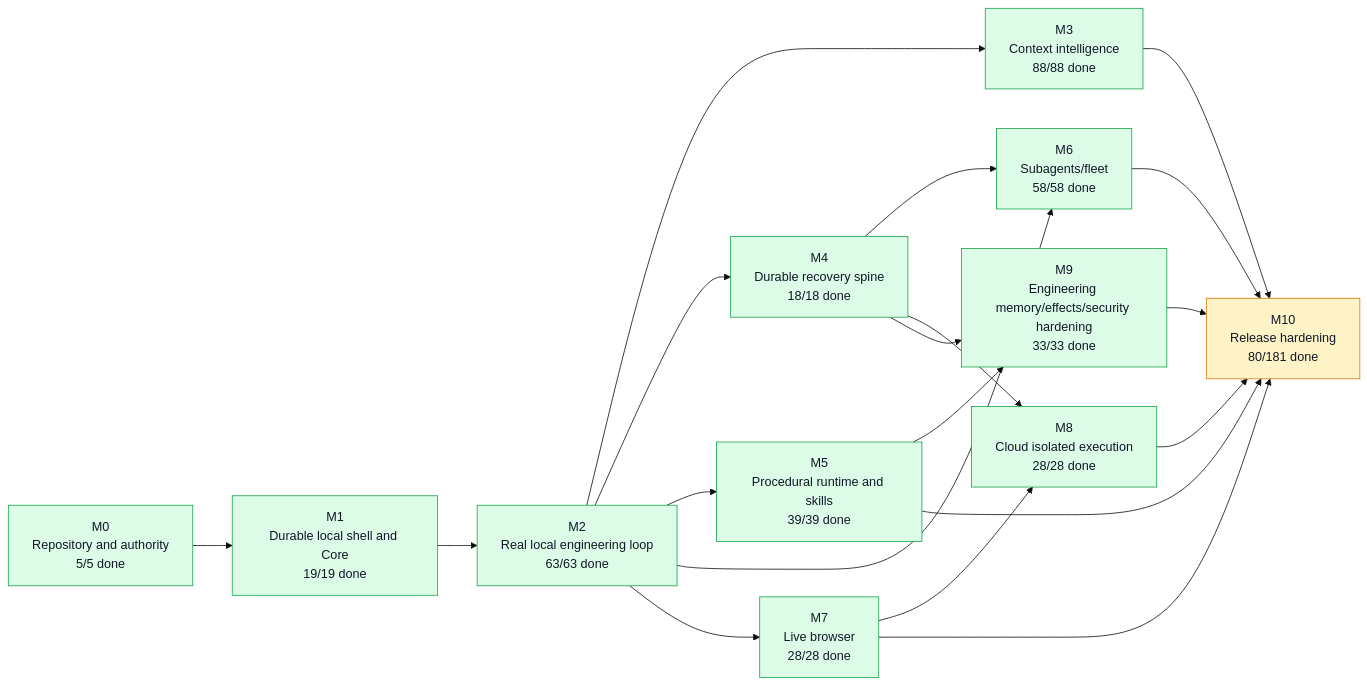
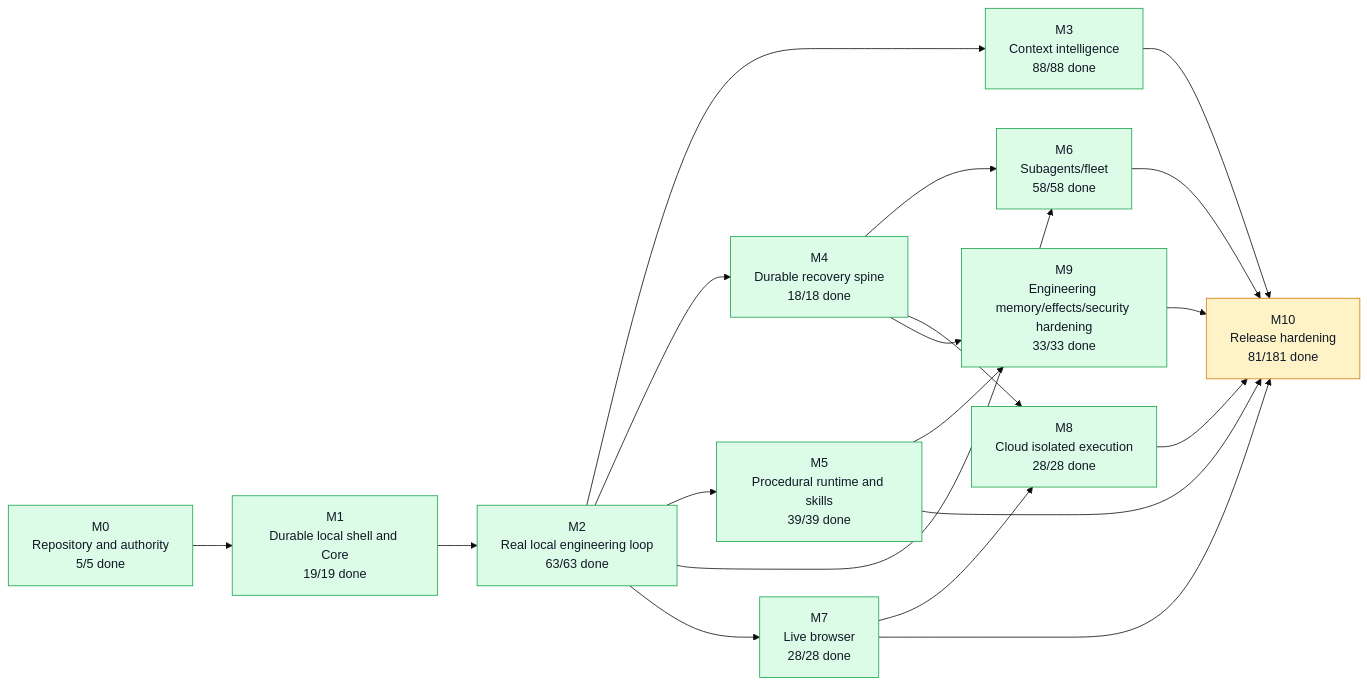
One commit to moss101/modbit changed the first of 5 diagrams in graph/PROJECT_GRAPH.md. Above: the diagram before and after it, drawn with Mermaid (base theme). The commit also changed other lines of this file and 5 other files, not shown here.

````diff
--- a/graph/PROJECT_GRAPH.md
+++ b/graph/PROJECT_GRAPH.md
@@ -57,43 +57,43 @@
 ```mermaid
 flowchart LR
   M0["M0<br/>Repository and authority<br/>5/5 done"]
   M1["M1<br/>Durable local shell and Core<br/>19/19 done"]
   M2["M2<br/>Real local engineering loop<br/>63/63 done"]
   M3["M3<br/>Context intelligence<br/>88/88 done"]
   M4["M4<br/>Durable recovery spine<br/>18/18 done"]
   M5["M5<br/>Procedural runtime and skills<br/>39/39 done"]
   M6["M6<br/>Subagents/fleet<br/>58/58 done"]
   M7["M7<br/>Live browser<br/>28/28 done"]
   M8["M8<br/>Cloud isolated execution<br/>28/28 done"]
   M9["M9<br/>Engineering memory/effects/security hardening<br/>33/33 done"]
-  M10["M10<br/>Release hardening<br/>80/181 done"]
+  M10["M10<br/>Release hardening<br/>81/181 done"]
   M0 --> M1
   M1 --> M2
   M2 --> M3
   M2 --> M4
   M2 --> M5
   M2 --> M6
   M4 --> M6
   M2 --> M7
   M4 --> M8
   M7 --> M8
   M4 --> M9
   M5 --> M9
   M3 --> M10
   M5 --> M10
   M6 --> M10
   M7 --> M10
   M8 --> M10
   M9 --> M10
   style M0 fill:#dcfce7,stroke:#16a34a,color:#111827
   style M1 fill:#dcfce7,stroke:#16a34a,color:#111827
   style M2 fill:#dcfce7,stroke:#16a34a,color:#111827
   style M3 fill:#dcfce7,stroke:#16a34a,color:#111827
   style M4 fill:#dcfce7,stroke:#16a34a,color:#111827
   style M5 fill:#dcfce7,stroke:#16a34a,color:#111827
   style M6 fill:#dcfce7,stroke:#16a34a,color:#111827
   style M7 fill:#dcfce7,stroke:#16a34a,color:#111827
   style M8 fill:#dcfce7,stroke:#16a34a,color:#111827
   style M9 fill:#dcfce7,stroke:#16a34a,color:#111827
   style M10 fill:#fef3c7,stroke:#d97706,color:#111827
 ```
````
